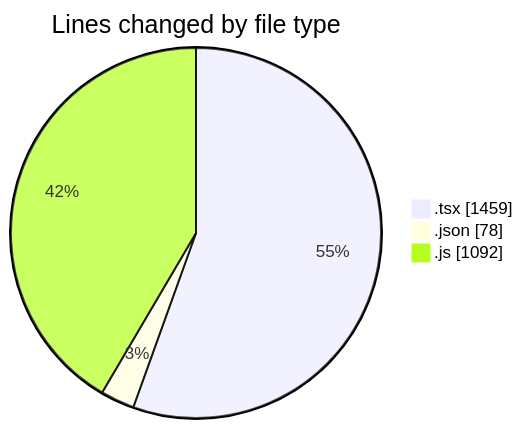
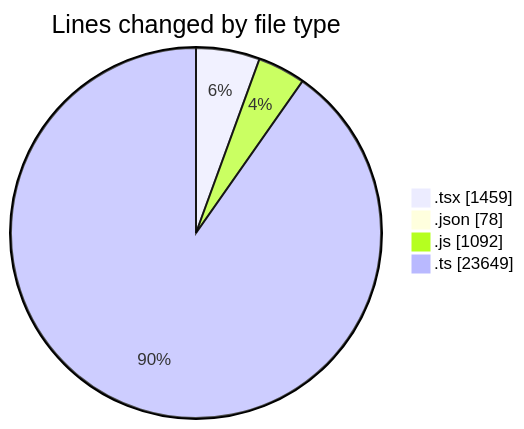
One commit to momahboobian/code-tracking changed the first of 2 diagrams in 2026-10-19/cda/README.md. Above: the diagram before and after it, drawn with Mermaid. The commit also changed other lines of this file and 1 other file, not shown here.

````diff
--- a/2026-10-19/cda/README.md
+++ b/2026-10-19/cda/README.md
@@ -24,7 +29,8 @@
 ```mermaid
 pie showData
 title Lines changed by file type
 ".tsx" : 1459
 ".json" : 78
 ".js" : 1092
+".ts" : 23649
 ```
````
